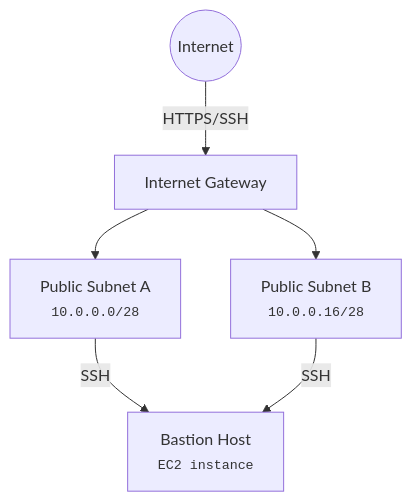
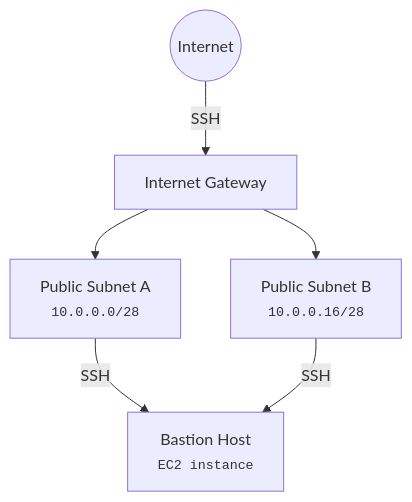
The first of 2 diagrams in infra-C1/README.md (josephpipitone/megazone-cloud-tech-assessment), drawn with Mermaid before and after one commit.

Commit message:
fix: corrected diagram

````diff
--- a/infra-C1/README.md
+++ b/infra-C1/README.md
@@ -8,14 +8,14 @@
 ```mermaid
 graph TD
     Internet(("Internet"))
     IGW[Internet Gateway]
     PubA[Public Subnet A<br/><small><code>10.0.0.0/28</code></small>]
     PubB[Public Subnet B<br/><small><code>10.0.0.16/28</code></small>]
     Bastion[Bastion Host<br/><small><code>EC2 instance</code></small>]
 
-    Internet -->|HTTPS/SSH| IGW
+    Internet -->|SSH| IGW
     IGW --> PubA
     IGW --> PubB
     PubA -->|SSH| Bastion
     PubB -->|SSH| Bastion
 ```
````
